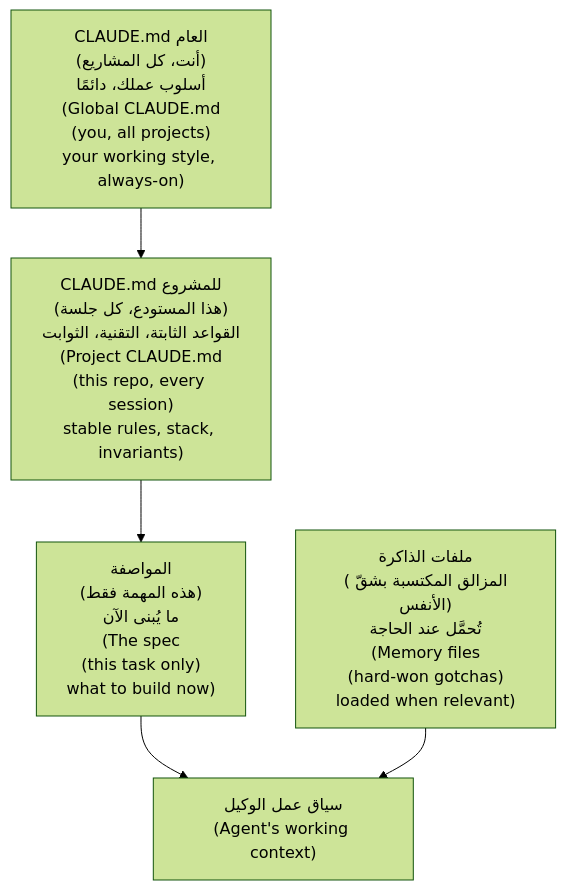
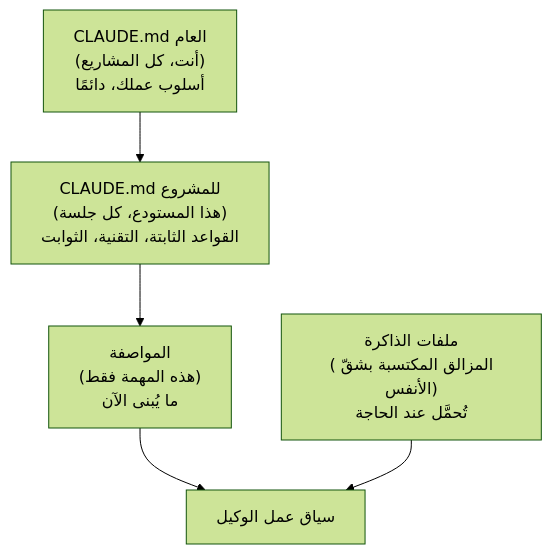
The second of 8 diagrams in modules/09-directing-ai-team/module.ar.md (Tamoura/system-design-for-vibe-coders), drawn with Mermaid (forest theme) before and after one commit. The commit also changed other lines of this file and 551 other files, not shown here.

````diff
--- a/modules/09-directing-ai-team/module.ar.md
+++ b/modules/09-directing-ai-team/module.ar.md
@@ -135,7 +135,7 @@
 ```mermaid
 flowchart TD
-    G["CLAUDE.md العام<br/>(أنت، كل المشاريع)<br/>أسلوب عملك، دائمًا<br/>(Global CLAUDE.md<br/>(you, all projects)<br/>your working style, always-on)"] --> P
-    P["CLAUDE.md للمشروع<br/>(هذا المستودع، كل جلسة)<br/>القواعد الثابتة، التقنية، الثوابت<br/>(Project CLAUDE.md<br/>(this repo, every session)<br/>stable rules, stack, invariants)"] --> Task
-    Task["المواصفة<br/>(هذه المهمة فقط)<br/>ما يُبنى الآن<br/>(The spec<br/>(this task only)<br/>what to build now)"] --> Agent["سياق عمل الوكيل<br/>(Agent's working context)"]
-    M["ملفات الذاكرة<br/>(المزالق المكتسبة بشقّ الأنفس)<br/>تُحمَّل عند الحاجة<br/>(Memory files<br/>(hard-won gotchas)<br/>loaded when relevant)"] --> Agent
+    G["CLAUDE.md العام<br/>(أنت، كل المشاريع)<br/>أسلوب عملك، دائمًا"] --> P
+    P["CLAUDE.md للمشروع<br/>(هذا المستودع، كل جلسة)<br/>القواعد الثابتة، التقنية، الثوابت"] --> Task
+    Task["المواصفة<br/>(هذه المهمة فقط)<br/>ما يُبنى الآن"] --> Agent["سياق عمل الوكيل"]
+    M["ملفات الذاكرة<br/>(المزالق المكتسبة بشقّ الأنفس)<br/>تُحمَّل عند الحاجة"] --> Agent
 ```
````
